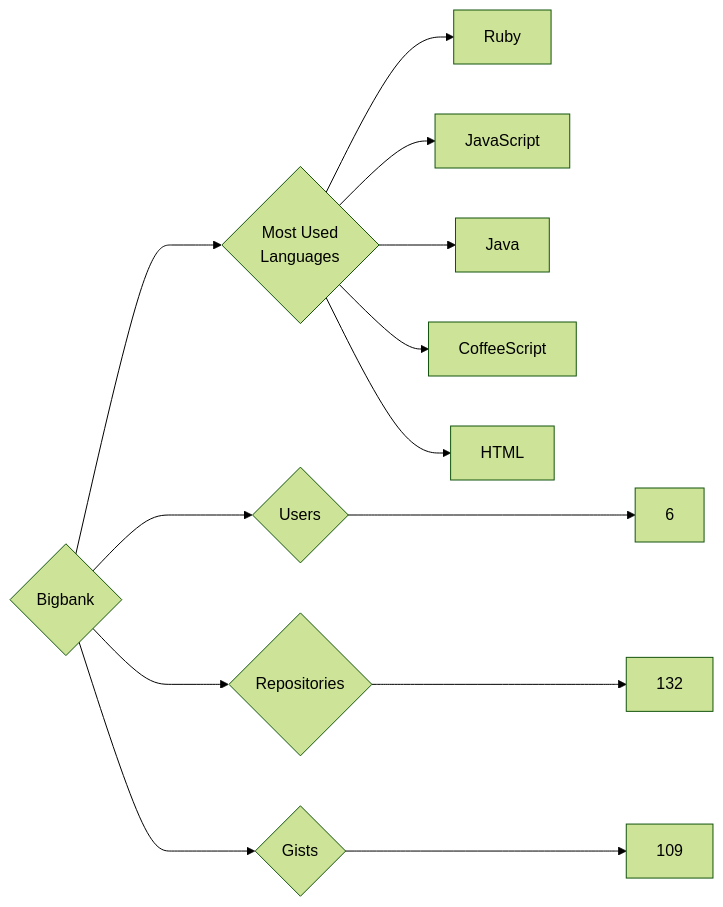
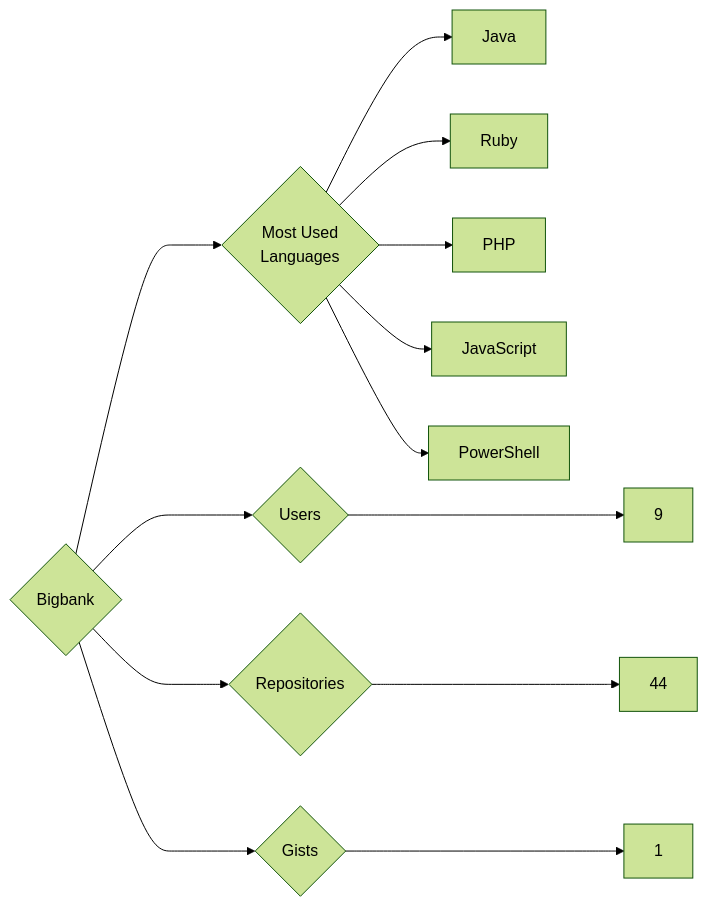
The diagram in targets/Bigbank/README.md (trickest/insiders), drawn with Mermaid (forest theme) before and after one commit. The commit also changed 953 other files, not shown here.

````diff
--- a/targets/Bigbank/README.md
+++ b/targets/Bigbank/README.md
@@ -3,13 +3,13 @@
 ```mermaid
 graph LR
 COMPANY_NAME{Bigbank}
-COMPANY_NAME ---> U{Users} ---> UN[6]
-COMPANY_NAME ---> R{Repositories} ---> RN[132]
-COMPANY_NAME ---> G{Gists} ---> GN[109]
+COMPANY_NAME ---> U{Users} ---> UN[9]
+COMPANY_NAME ---> R{Repositories} ---> RN[44]
+COMPANY_NAME ---> G{Gists} ---> GN[1]
 COMPANY_NAME ---> ML{Most Used<br>Languages}
+ML --> Java[Java]
 ML --> Ruby[Ruby]
+ML --> PHP[PHP]
 ML --> JavaScript[JavaScript]
-ML --> Java[Java]
-ML --> CoffeeScript[CoffeeScript]
-ML --> HTML[HTML]
+ML --> PowerShell[PowerShell]
 ```
````
